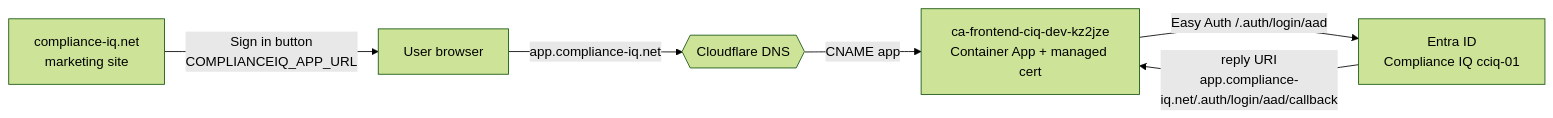
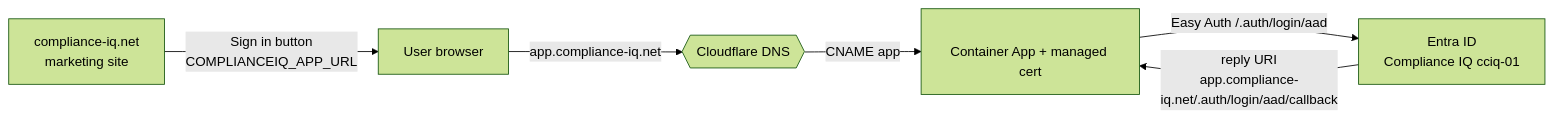
The diagram in docs/custom-domain.md (warrendt/compliance-iq), drawn with Mermaid (forest theme) before and after one commit. The commit also changed other lines of this file and 5 other files, not shown here.

````diff
--- a/docs/custom-domain.md
+++ b/docs/custom-domain.md
@@ -22,8 +22,8 @@
 ```mermaid
 flowchart LR
   U[User browser] -->|app.compliance-iq.net| CF{{Cloudflare DNS}}
-  CF -->|CNAME app| FE[ca-frontend-ciq-dev-kz2jze<br/>Container App + managed cert]
+  CF -->|CNAME app| FE[<frontend-container-app><br/>Container App + managed cert]
   M[compliance-iq.net<br/>marketing site] -->|Sign in button<br/>COMPLIANCEIQ_APP_URL| U
   FE -->|Easy Auth /.auth/login/aad| E[Entra ID<br/>Compliance IQ cciq-01]
   E -->|reply URI<br/>app.compliance-iq.net/.auth/login/aad/callback| FE
 ```
````
